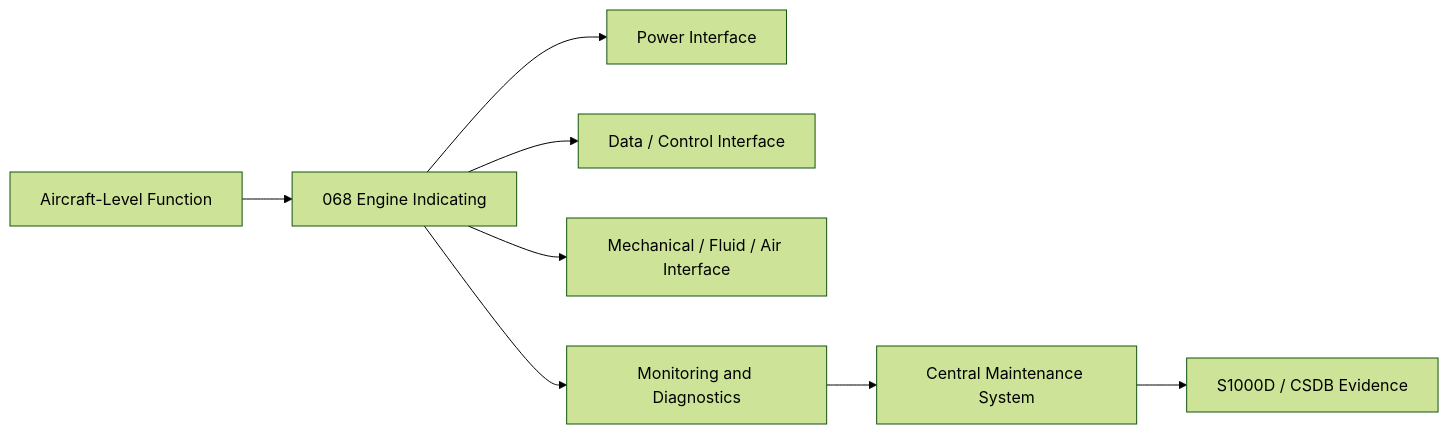
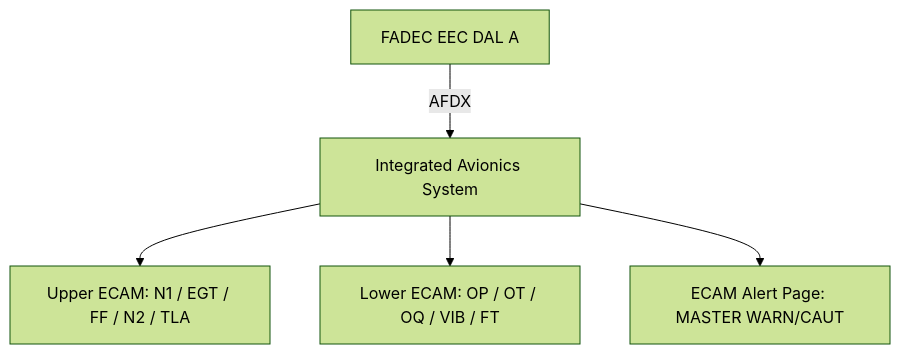
Before and after one commit to AmedeoPelliccia/Qplus-For-All-Queer-People-and-Quantum: the diagram in Q+ATLANTIDE/000-099_ATLAS/060-069_Propulsion-Tradicional/068_Engine-Indicating/068-010-Engine-Parameter-Indication.md, drawn with Mermaid (forest theme). The commit also changed other lines of this file and 19 other files, not shown here.

First line of the commit message:
docs: rewrite 068_Engine-Indicating and 069_Exhaust-Oil-Starting — 20 files contextualized for AMPEL360E eWTW

````diff
--- a/Q+ATLANTIDE/000-099_ATLAS/060-069_Propulsion-Tradicional/068_Engine-Indicating/068-010-Engine-Parameter-Indication.md
+++ b/Q+ATLANTIDE/000-099_ATLAS/060-069_Propulsion-Tradicional/068_Engine-Indicating/068-010-Engine-Parameter-Indication.md
@@ -153,10 +74,7 @@
 ```mermaid
-flowchart LR
-    A[Aircraft-Level Function] --> B[068 Engine Indicating]
-    B --> C[Power Interface]
-    B --> D[Data / Control Interface]
-    B --> E[Mechanical / Fluid / Air Interface]
-    B --> F[Monitoring and Diagnostics]
-    F --> G[Central Maintenance System]
-    G --> H[S1000D / CSDB Evidence]
+flowchart TB
+    FADEC[FADEC EEC DAL A] -->|AFDX| IAS[Integrated Avionics System]
+    IAS --> UPPER[Upper ECAM: N1 / EGT / FF / N2 / TLA]
+    IAS --> LOWER[Lower ECAM: OP / OT / OQ / VIB / FT]
+    IAS --> ECAM_WARN[ECAM Alert Page: MASTER WARN/CAUT]
 ```
````
